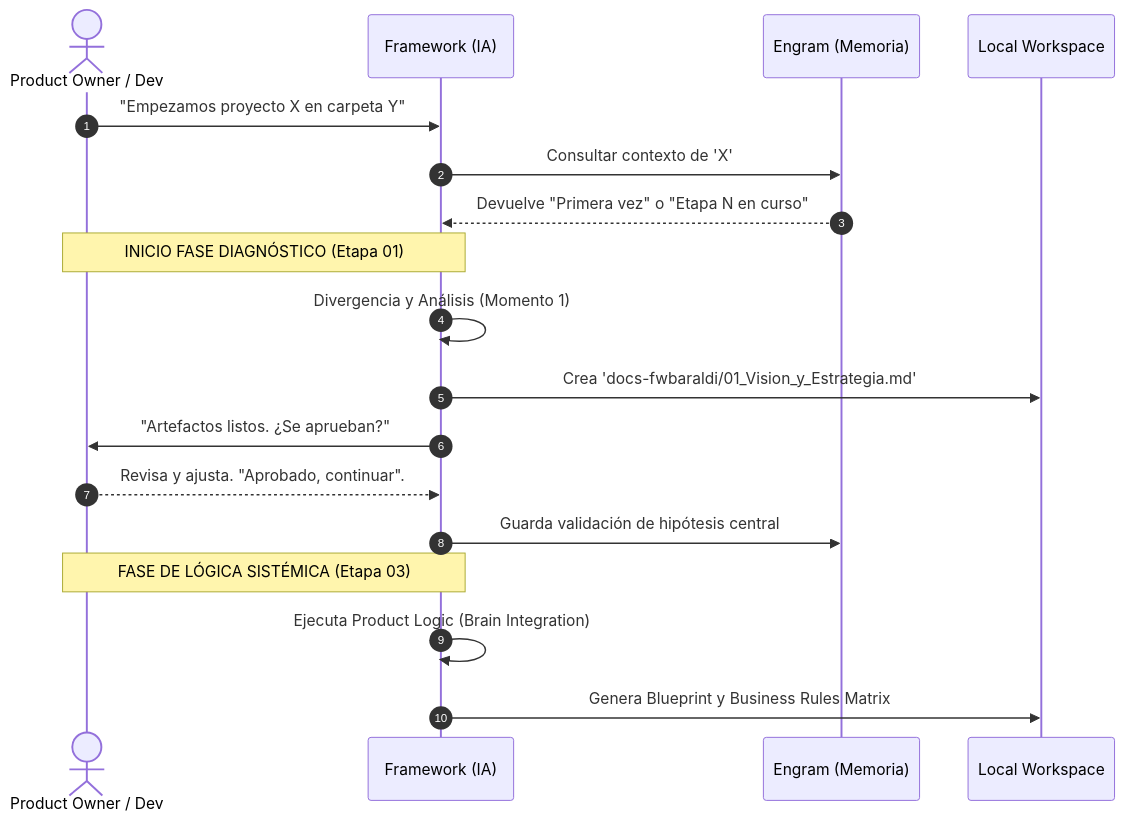
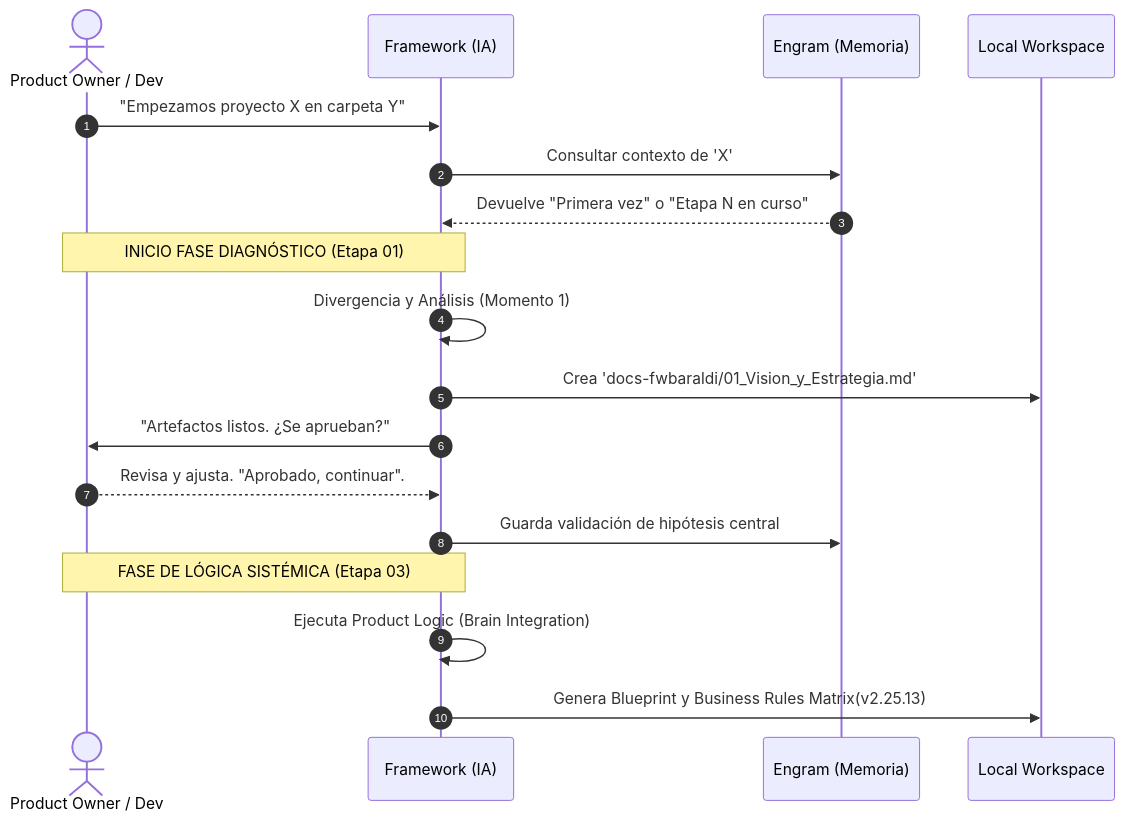
One commit to leobaraldi96/fwbaraldi changed the second of 2 diagrams in ARQUITECTURA_CORE.md. Above: the diagram before and after it, drawn with Mermaid. The commit also changed other lines of this file and 30 other files, not shown here.

````diff
--- a/ARQUITECTURA_CORE.md
+++ b/ARQUITECTURA_CORE.md
@@ -78,26 +78,26 @@
 ```mermaid
 sequenceDiagram
     autonumber
     actor Humano as Product Owner / Dev
     participant IA as Framework (IA)
     participant E as Engram (Memoria)
     participant FS as Local Workspace
 
     Humano->>IA: "Empezamos proyecto X en carpeta Y"
     IA->>E: Consultar contexto de 'X'
     E-->>IA: Devuelve "Primera vez" o "Etapa N en curso"
     
     note over IA,Humano: INICIO FASE DIAGNÓSTICO (Etapa 01)
     IA->>IA: Divergencia y Análisis (Momento 1)
     
     IA->>FS: Crea 'docs-fwbaraldi/01_Vision_y_Estrategia.md'
     IA->>Humano: "Artefactos listos. ¿Se aprueban?"
     
     Humano-->>IA: Revisa y ajusta. "Aprobado, continuar".
     
     IA->>E: Guarda validación de hipótesis central
     
     note over IA,Humano: FASE DE LÓGICA SISTÉMICA (Etapa 03)
     IA->>IA: Ejecuta Product Logic (Brain Integration)
-    IA->>FS: Genera Blueprint y Business Rules Matrix
+    IA->>FS: Genera Blueprint y Business Rules Matrix(v2.25.13)
 ```
````
